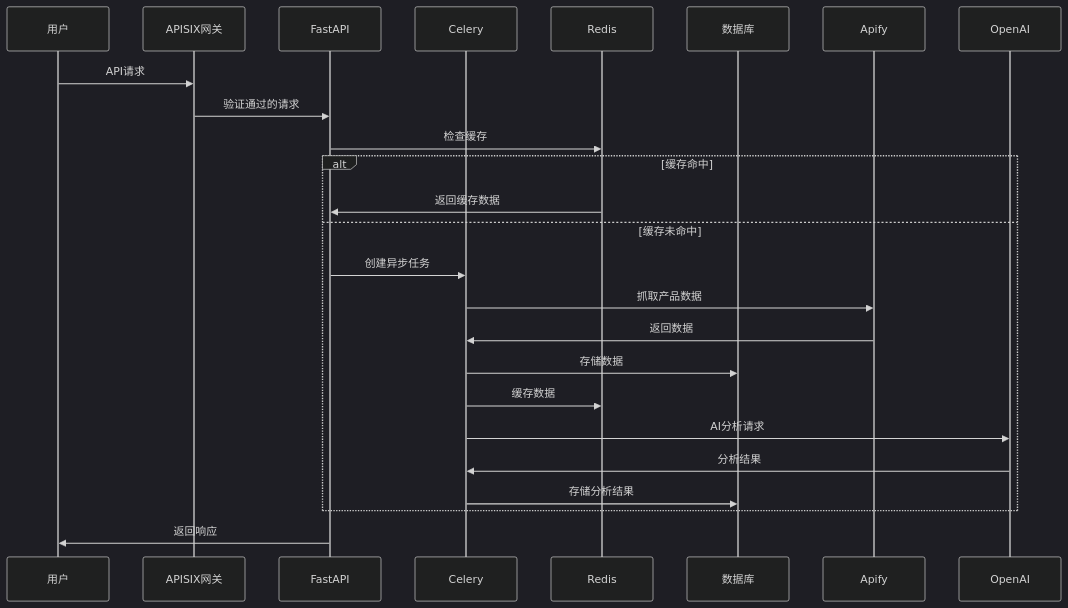
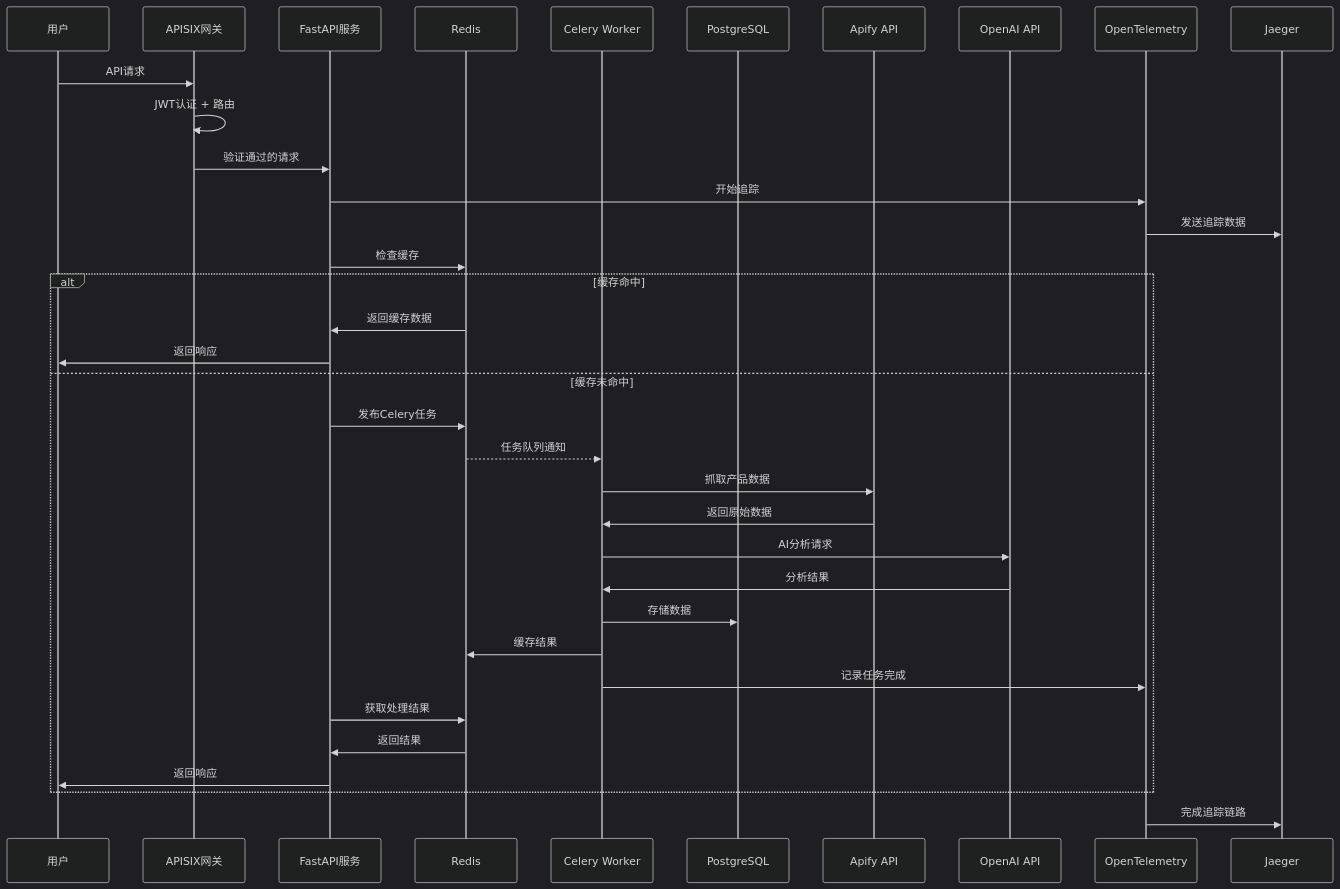
One commit to deep12398/amazon-test-case changed the second of 2 diagrams in ARCHITECTURE.md. Above: the diagram before and after it, drawn with Mermaid (dark theme). The commit also changed other lines of this file and 23 other files, not shown here.

Commit message:
Add initial documentation and deployment architecture for System

````diff
--- a/ARCHITECTURE.md
+++ b/ARCHITECTURE.md
@@ -223,28 +269,40 @@
 ```mermaid
 sequenceDiagram
     participant U as 用户
     participant G as APISIX网关
-    participant F as FastAPI
-    participant C as Celery
+    participant F as FastAPI服务
     participant R as Redis
-    participant D as 数据库
-    participant A as Apify
-    participant O as OpenAI
+    participant C as Celery Worker
+    participant D as PostgreSQL
+    participant A as Apify API
+    participant O as OpenAI API
+    participant OT as OpenTelemetry
+    participant J as Jaeger
 
     U->>G: API请求
+    G->>G: JWT认证 + 路由
     G->>F: 验证通过的请求
+    F->>OT: 开始追踪
+    OT->>J: 发送追踪数据
+
     F->>R: 检查缓存
     alt 缓存命中
         R->>F: 返回缓存数据
+        F->>U: 返回响应
     else 缓存未命中
-        F->>C: 创建异步任务
+        F->>R: 发布Celery任务
+        R-->>C: 任务队列通知
         C->>A: 抓取产品数据
-        A->>C: 返回数据
-        C->>D: 存储数据
-        C->>R: 缓存数据
+        A->>C: 返回原始数据
         C->>O: AI分析请求
         O->>C: 分析结果
-        C->>D: 存储分析结果
+        C->>D: 存储数据
+        C->>R: 缓存结果
+        C->>OT: 记录任务完成
+        F->>R: 获取处理结果
+        R->>F: 返回结果
+        F->>U: 返回响应
     end
-    F->>U: 返回响应
+
+    OT->>J: 完成追踪链路
 ```
````
